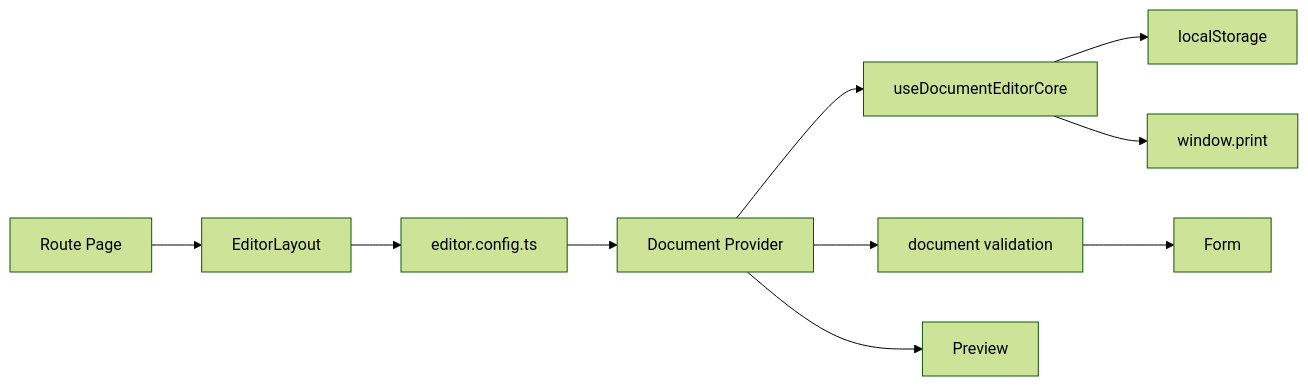
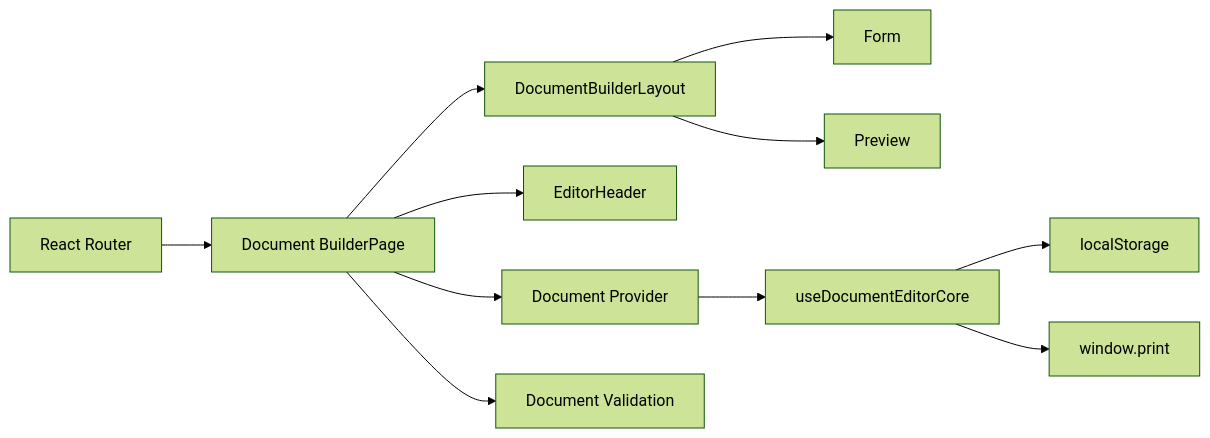
Before and after one commit to jsjweb0/dockit: the diagram in README.md, drawn with Mermaid (forest theme). The commit also changed other lines of this file, not shown here.

````diff
--- a/README.md
+++ b/README.md
@@ -41,12 +42,13 @@
 ```mermaid
 flowchart LR
-  Page["Route Page"] --> Layout["EditorLayout"]
-  Layout --> Config["editor.config.ts"]
-  Config --> Provider["Document Provider"]
+  Router["React Router"] --> Page["Document BuilderPage"]
+  Page --> Provider["Document Provider"]
+  Page --> Header["EditorHeader"]
+  Page --> Layout["DocumentBuilderLayout"]
+  Page --> Validation["Document Validation"]
+  Layout --> Form["Form"]
+  Layout --> Preview["Preview"]
   Provider --> Core["useDocumentEditorCore"]
   Core --> Storage["localStorage"]
   Core --> Print["window.print"]
-  Provider --> Validation["document validation"]
-  Validation --> Form["Form"]
-  Provider --> Preview["Preview"]
 ```
````
